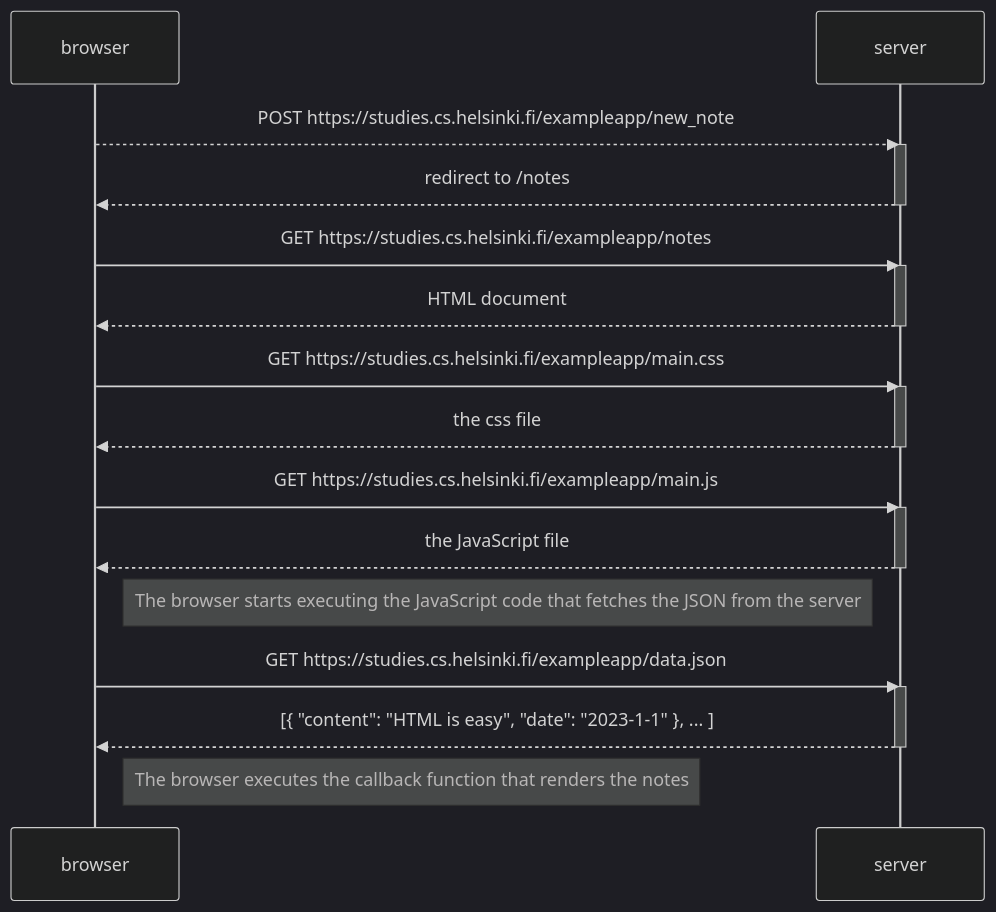
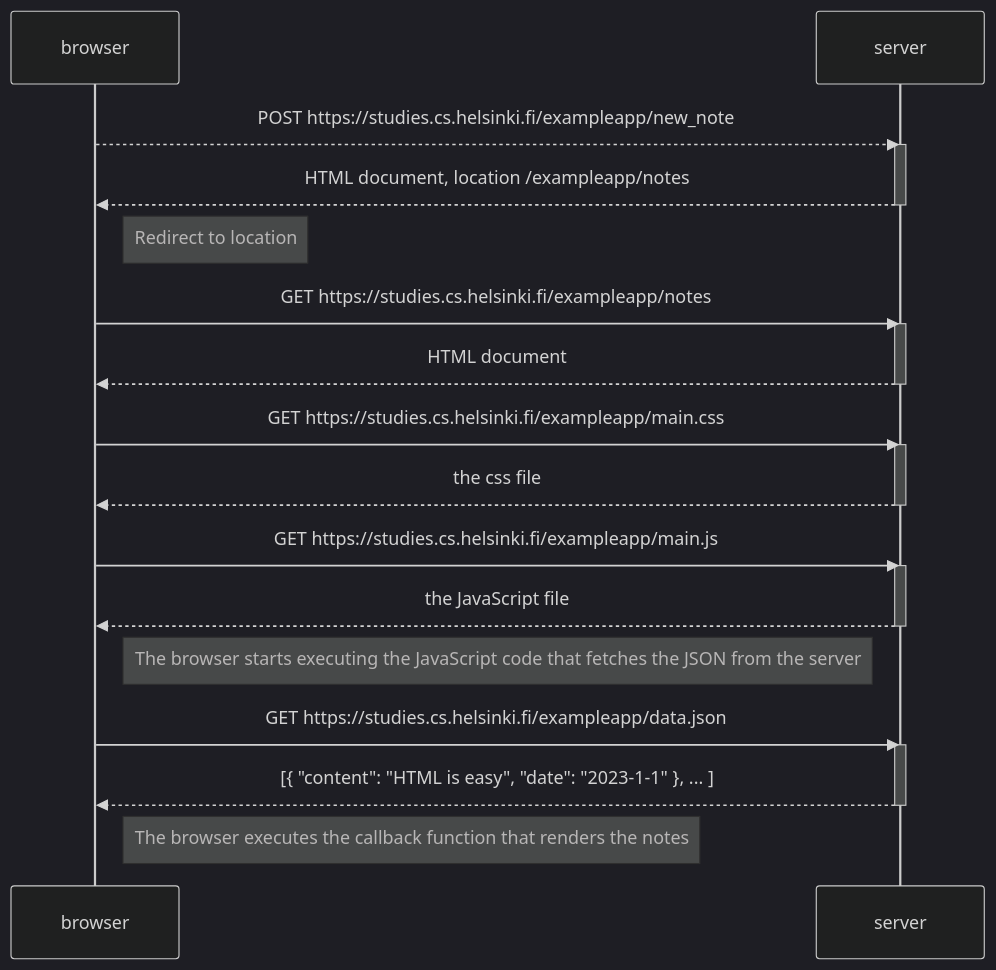
One commit to PatrikLippojokiGH/Full_Stack_Open changed the diagram in Osa_0/t4_uusi_muistiinpano.md. Above: the diagram before and after it, drawn with Mermaid (dark theme).

Commit message:
selvennys

````diff
--- a/Osa_0/t4_uusi_muistiinpano.md
+++ b/Osa_0/t4_uusi_muistiinpano.md
@@ -1,34 +1,36 @@
 ```mermaid
 sequenceDiagram
     participant browser
     participant server
     
     browser-->>server: POST https://studies.cs.helsinki.fi/exampleapp/new_note
     activate server
-    server-->>browser: redirect to /notes
+    server-->>browser: HTML document, location /exampleapp/notes
     deactivate server
+    
+    Note right of browser: Redirect to location
     
     browser->>server: GET https://studies.cs.helsinki.fi/exampleapp/notes
     activate server
     server-->>browser: HTML document
     deactivate server
     
     browser->>server: GET https://studies.cs.helsinki.fi/exampleapp/main.css
     activate server
     server-->>browser: the css file
     deactivate server
     
     browser->>server: GET https://studies.cs.helsinki.fi/exampleapp/main.js
     activate server
     server-->>browser: the JavaScript file
     deactivate server
     
     Note right of browser: The browser starts executing the JavaScript code that fetches the JSON from the server
     
     browser->>server: GET https://studies.cs.helsinki.fi/exampleapp/data.json
     activate server
     server-->>browser: [{ "content": "HTML is easy", "date": "2023-1-1" }, ... ]
     deactivate server    
 
     Note right of browser: The browser executes the callback function that renders the notes
 ```
````
